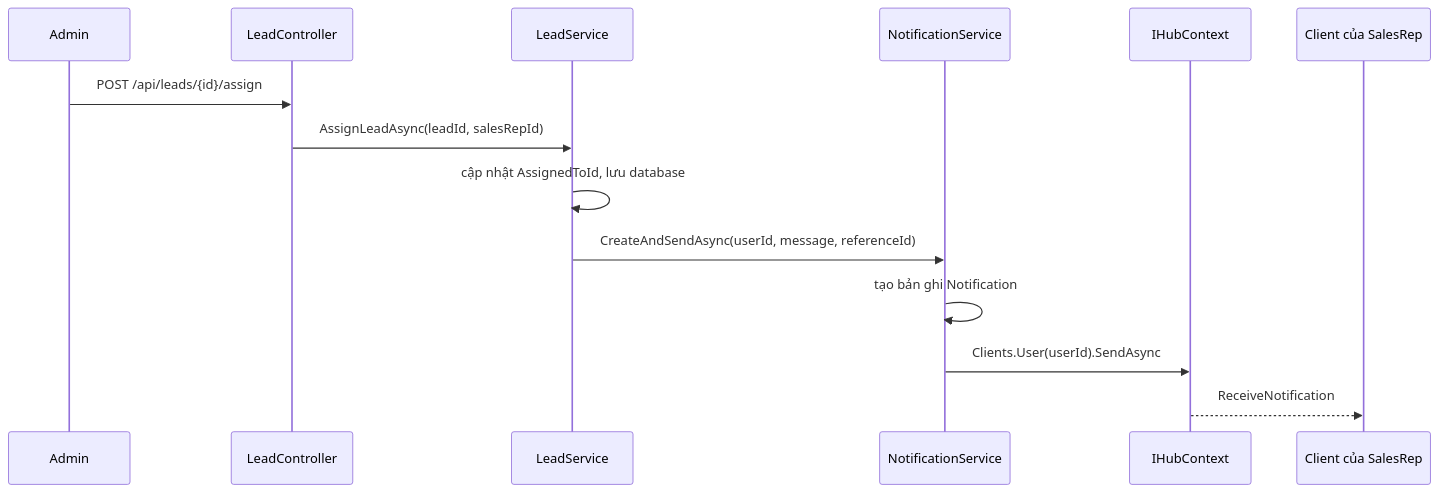
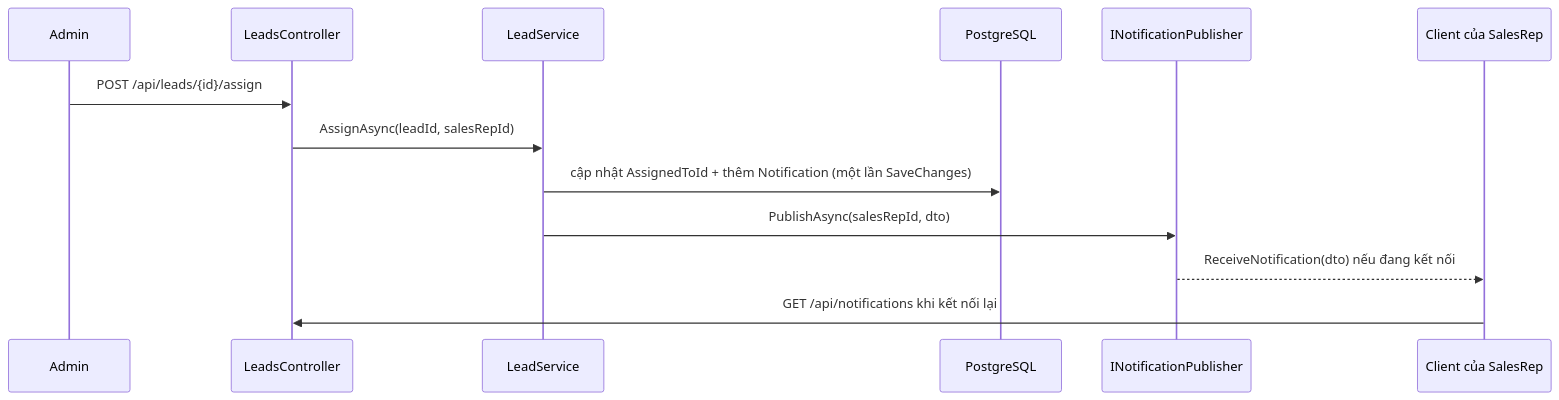
One commit to TienNHM/dotnet-course changed the third of 3 diagrams in lessons/stage-03-aspnet-core-backend/project-02-crm-backend-api.md. Above: the diagram before and after it, drawn with Mermaid. The commit also changed other lines of this file and 30 other files, not shown here.

````diff
--- a/lessons/stage-03-aspnet-core-backend/project-02-crm-backend-api.md
+++ b/lessons/stage-03-aspnet-core-backend/project-02-crm-backend-api.md
@@ -504,16 +951,15 @@
 ```mermaid
 sequenceDiagram
     participant A as Admin
-    participant L as LeadController
+    participant L as LeadsController
     participant S as LeadService
-    participant N as NotificationService
-    participant H as IHubContext
+    participant D as PostgreSQL
+    participant P as INotificationPublisher
     participant C as Client của SalesRep
     A->>L: POST /api/leads/{id}/assign
-    L->>S: AssignLeadAsync(leadId, salesRepId)
-    S->>S: cập nhật AssignedToId, lưu database
-    S->>N: CreateAndSendAsync(userId, message, referenceId)
-    N->>N: tạo bản ghi Notification
-    N->>H: Clients.User(userId).SendAsync
-    H-->>C: ReceiveNotification
+    L->>S: AssignAsync(leadId, salesRepId)
+    S->>D: cập nhật AssignedToId + thêm Notification (một lần SaveChanges)
+    S->>P: PublishAsync(salesRepId, dto)
+    P-->>C: ReceiveNotification(dto) nếu đang kết nối
+    C->>L: GET /api/notifications khi kết nối lại
 ```
````
